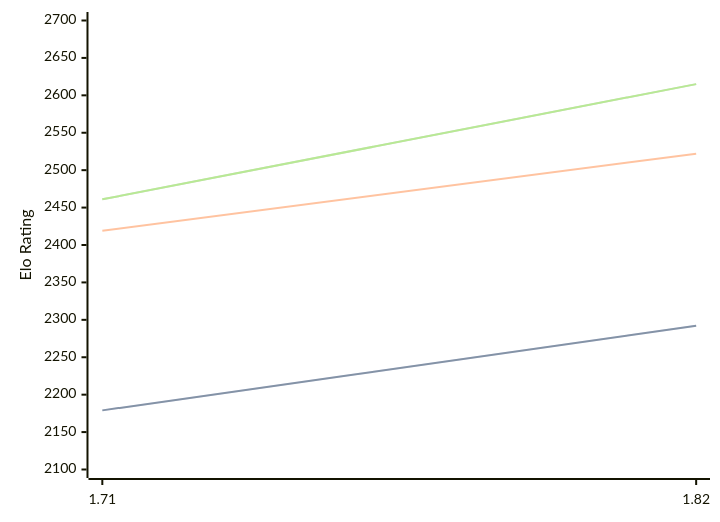
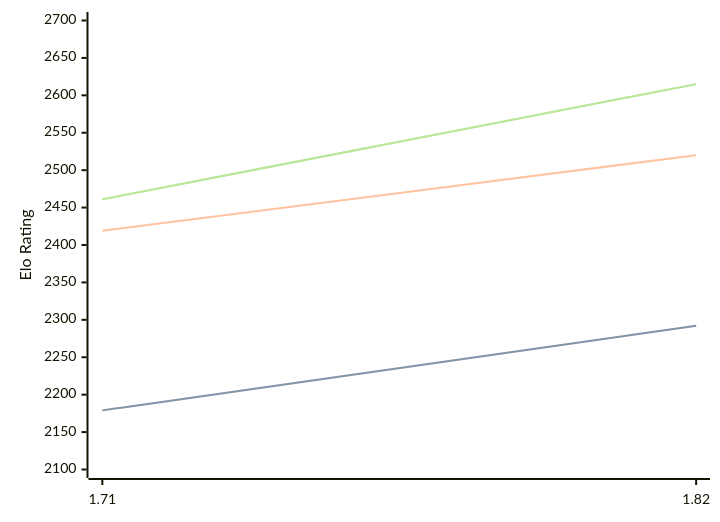
The first of 3 diagrams in engines/Amira.md (computer-chess-index/cci), drawn with Mermaid before and after one commit. The commit also changed other lines of this file, not shown here.

````diff
--- a/engines/Amira.md
+++ b/engines/Amira.md
@@ -35,11 +35,11 @@
 ```mermaid
 %%{init: {"theme":"base","themeVariables":{"seriesColors:['#a3a3a3','#222221','#faa371']}}}%%
 xychart-beta
   x-axis ["1.71", "1.82"]
   y-axis "Elo Rating" 2100 --> 2700
   line "STC (8.0+0.08s)" [2179, 2292]
   line "STC (8.0+0.08s)" [2179, 2292]
-  line "LTC (60.0+0.60s)" [2419, 2522]
+  line "LTC (60.0+0.60s)" [2419, 2520]
   line "VLTC (2m24s+1.12s)" [2461, 2615]
   line "VLTC (2m24s+1.12s)" [2461, 2615]
 ```
````
